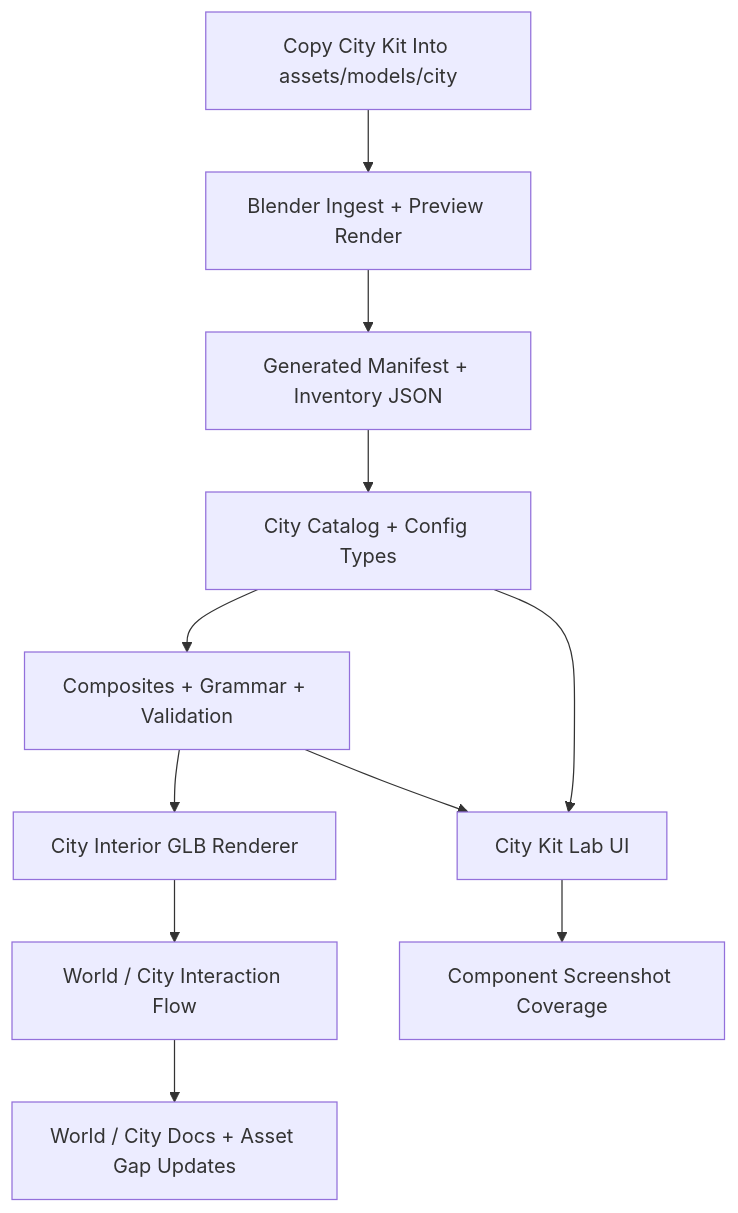
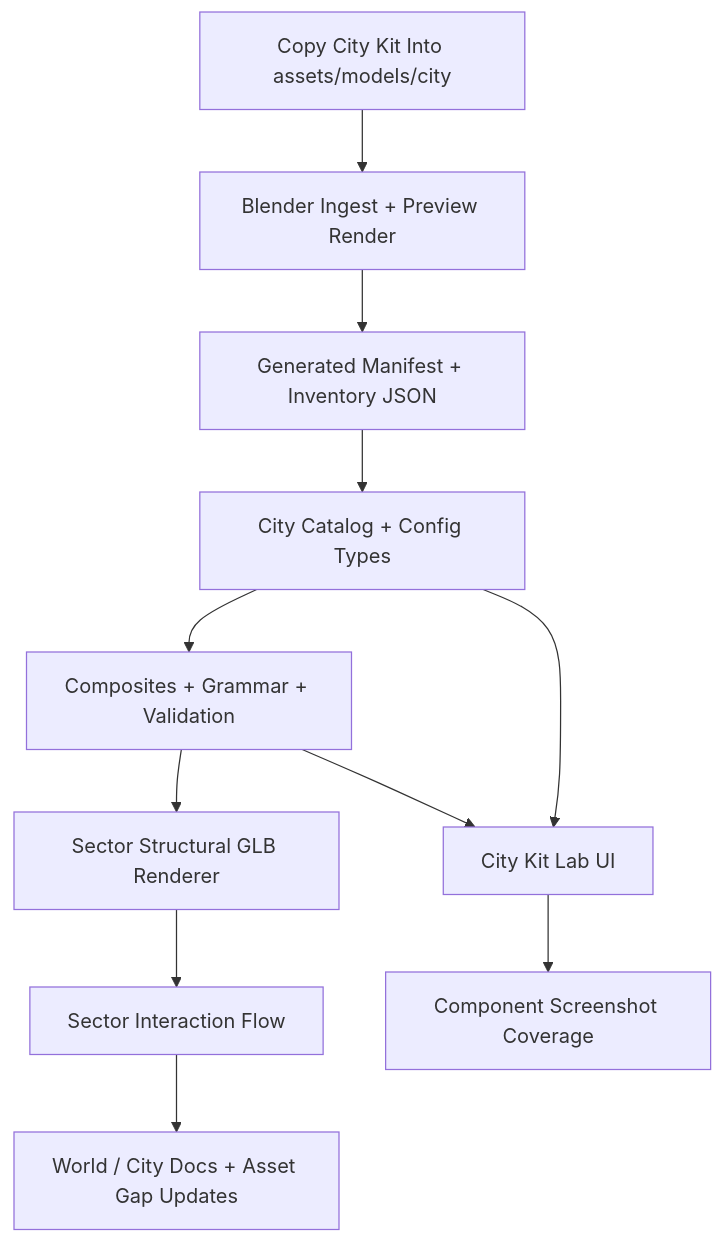
Before and after one commit to arcade-cabinet/syntheteria: the diagram in docs/plans/WORLD_CITY_COMPLETION_PR_PLAN.md, drawn with Mermaid. The commit also changed other lines of this file and 249 other files, not shown here.

First line of the commit message:
Ecumenopolis fullscope: replace hex-world with continuous machine-city campaign

````diff
--- a/docs/plans/WORLD_CITY_COMPLETION_PR_PLAN.md
+++ b/docs/plans/WORLD_CITY_COMPLETION_PR_PLAN.md
@@ -25,13 +25,13 @@
 ```mermaid
 flowchart TD
     A["Copy City Kit Into assets/models/city"] --> B["Blender Ingest + Preview Render"]
     B --> C["Generated Manifest + Inventory JSON"]
     C --> D["City Catalog + Config Types"]
     D --> E["Composites + Grammar + Validation"]
-    E --> F["City Interior GLB Renderer"]
+    E --> F["Sector Structural GLB Renderer"]
     D --> G["City Kit Lab UI"]
     E --> G
-    F --> H["World / City Interaction Flow"]
+    F --> H["Sector Interaction Flow"]
     G --> I["Component Screenshot Coverage"]
     H --> J["World / City Docs + Asset Gap Updates"]
 ```
````
